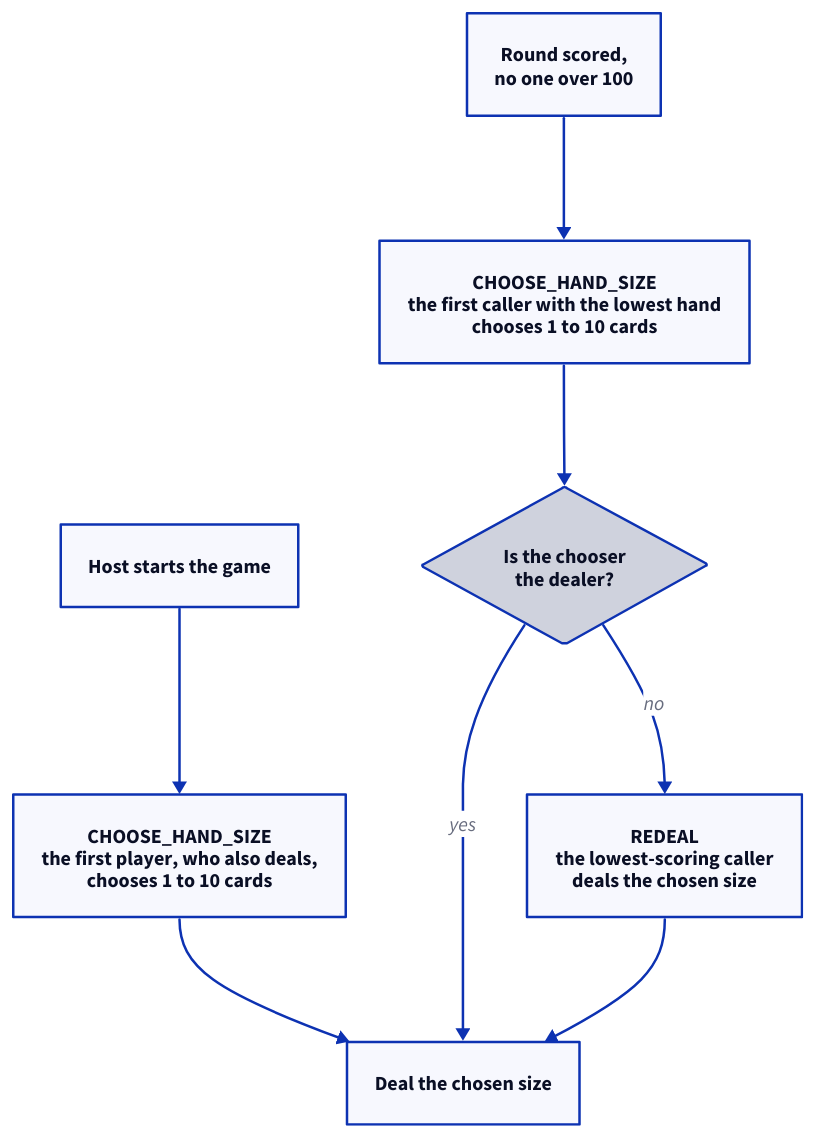
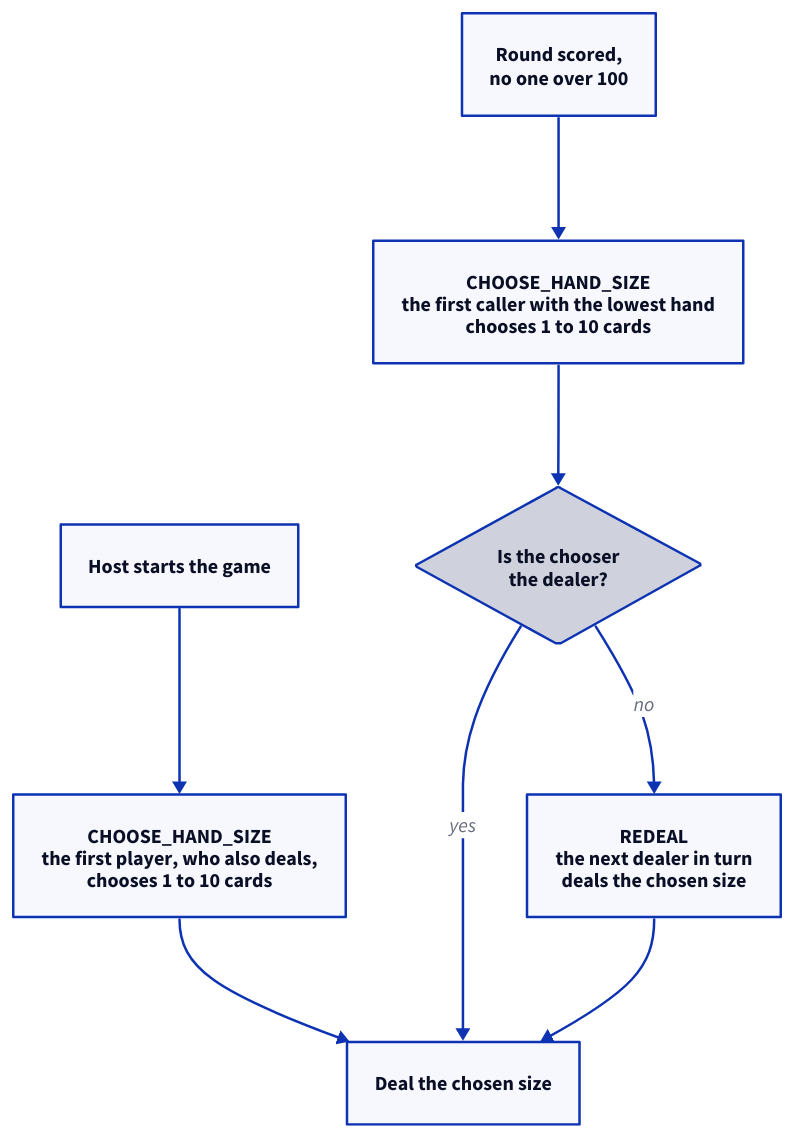
Before and after one commit to alastair-smith/card-games: the diagram in apps/docs/diagrams/flows/yaniv-winner-chooses.d2, drawn with D2. The commit also changed 29 other files, not shown here.

```diff
--- a/apps/docs/diagrams/flows/yaniv-winner-chooses.d2
+++ b/apps/docs/diagrams/flows/yaniv-winner-chooses.d2
@@ -1,20 +1,20 @@
 direction: down
 
 game-start: "Host starts the game"
 first-choice: "CHOOSE_HAND_SIZE\nthe first player, who also deals,\nchooses 1 to 10 cards"
 
 round-scored: "Round scored,\nno one over 100"
 choice: "CHOOSE_HAND_SIZE\nthe first caller with the lowest hand\nchooses 1 to 10 cards"
 chooser-deals: "Is the chooser\nthe dealer?" {shape: diamond}
-redeal: "REDEAL\nthe lowest-scoring caller\ndeals the chosen size"
+redeal: "REDEAL\nthe next dealer in turn\ndeals the chosen size"
 
 deal: "Deal the chosen size"
 
 game-start -> first-choice
 first-choice -> deal
 
 round-scored -> choice
 choice -> chooser-deals
 chooser-deals -> deal: yes
 chooser-deals -> redeal: no
 redeal -> deal
```
